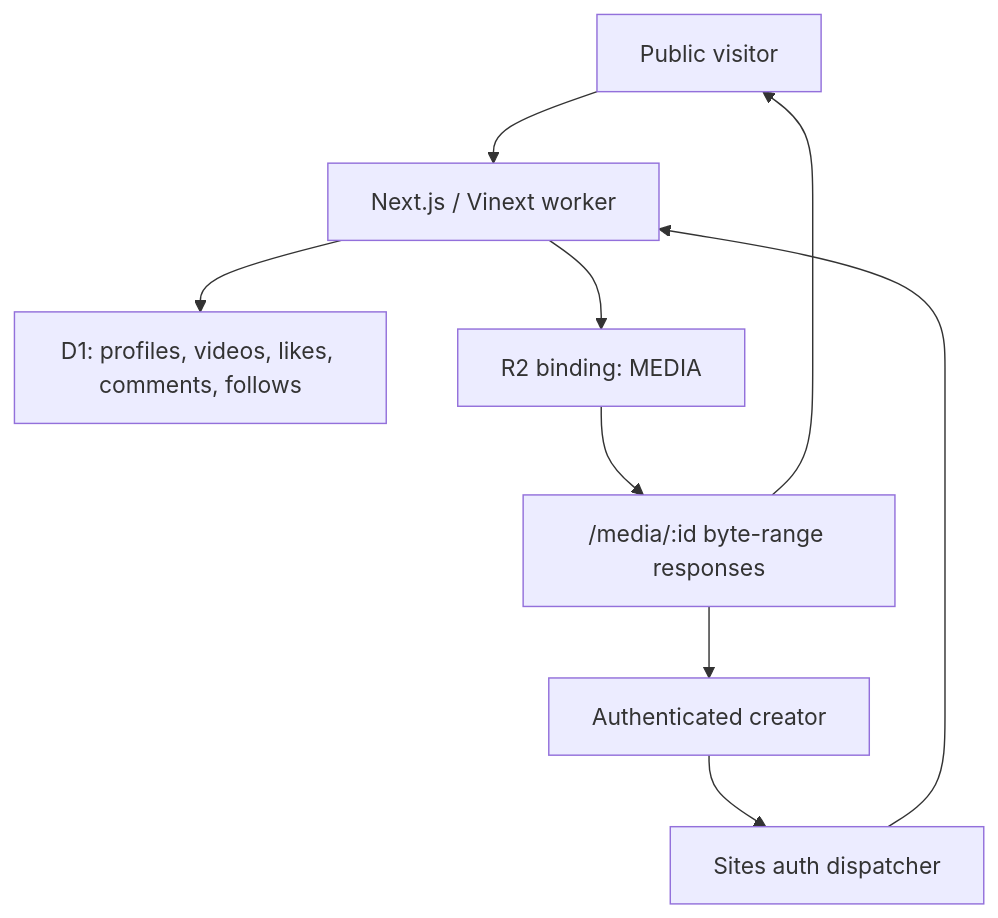
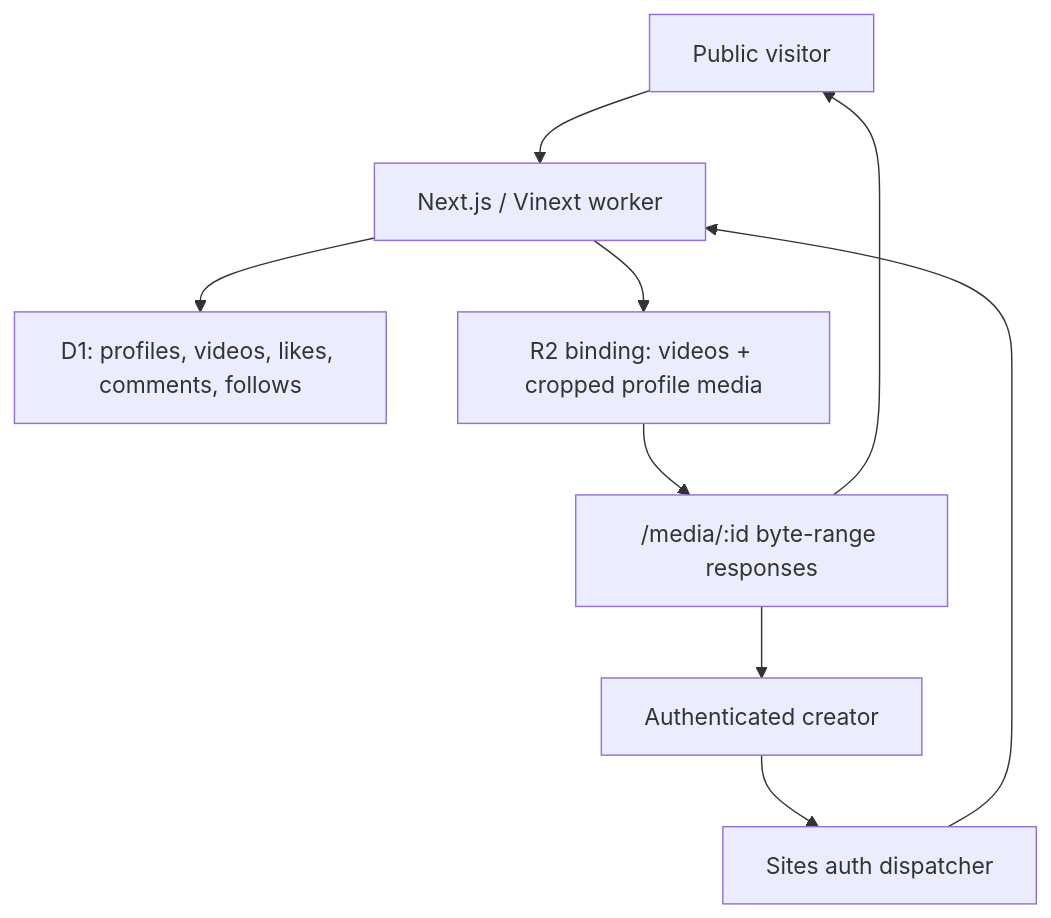
The diagram in docs/architecture.md (IamOumarIbrahim/pumblo), drawn with Mermaid before and after one commit. The commit also changed other lines of this file and 45 other files, not shown here.

````diff
--- a/docs/architecture.md
+++ b/docs/architecture.md
@@ -5,11 +5,11 @@
 ```mermaid
 flowchart TD
     U["Public visitor"] --> APP["Next.js / Vinext worker"]
     C["Authenticated creator"] --> DISP["Sites auth dispatcher"]
     DISP --> APP
     APP --> DB["D1: profiles, videos, likes, comments, follows"]
-    APP --> STORE["R2 binding: MEDIA"]
+    APP --> STORE["R2 binding: videos + cropped profile media"]
     STORE --> MEDIA["/media/:id byte-range responses"]
     MEDIA --> U
     MEDIA --> C
 ```
````
